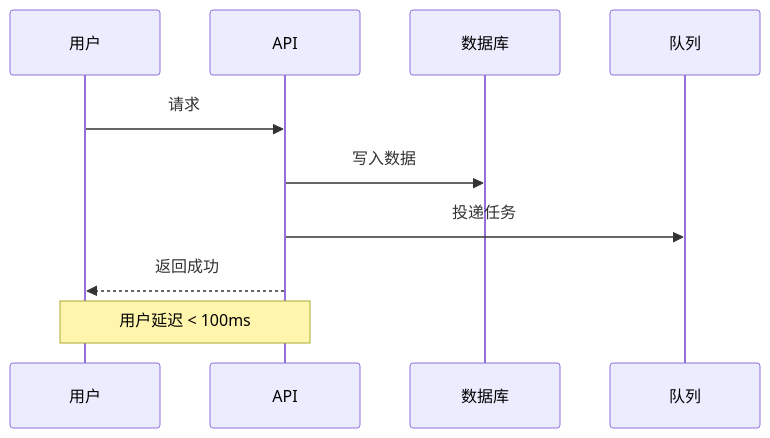
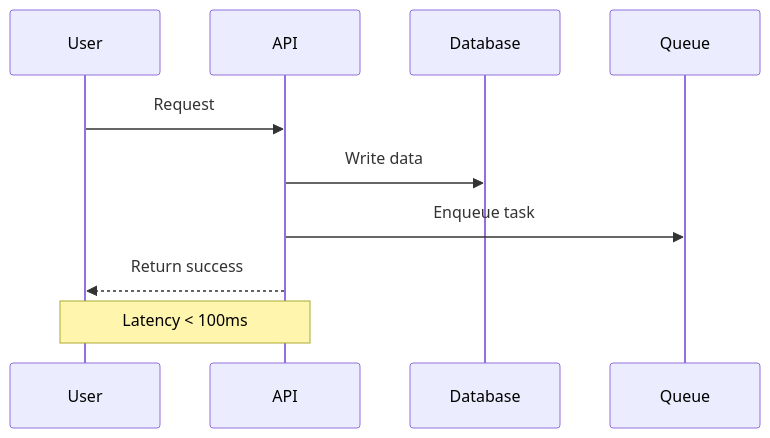
The diagram in docs/TECHNICAL_DOCUMENT_TEMPLATE.md (MrBigPorter/JoyMini_Nest_Monorepo), drawn with Mermaid before and after one commit. The commit also changed other lines of this file and 3 other files, not shown here.

````diff
--- a/docs/TECHNICAL_DOCUMENT_TEMPLATE.md
+++ b/docs/TECHNICAL_DOCUMENT_TEMPLATE.md
@@ -75,13 +75,13 @@
 ```mermaid
 sequenceDiagram
-    participant A as 用户
-    participant B as API
-    participant C as 数据库
-    participant D as 队列
+    participant U as User
+    participant A as API
+    participant D as Database
+    participant Q as Queue
 
-    A->>B: 请求
-    B->>C: 写入数据
-    B->>D: 投递任务
-    B-->>A: 返回成功
-    Note over A,B:  用户延迟 < 100ms
+    U->>A: Request
+    A->>D: Write data
+    A->>Q: Enqueue task
+    A-->>U: Return success
+    Note over U,A: Latency < 100ms
 ```
````
